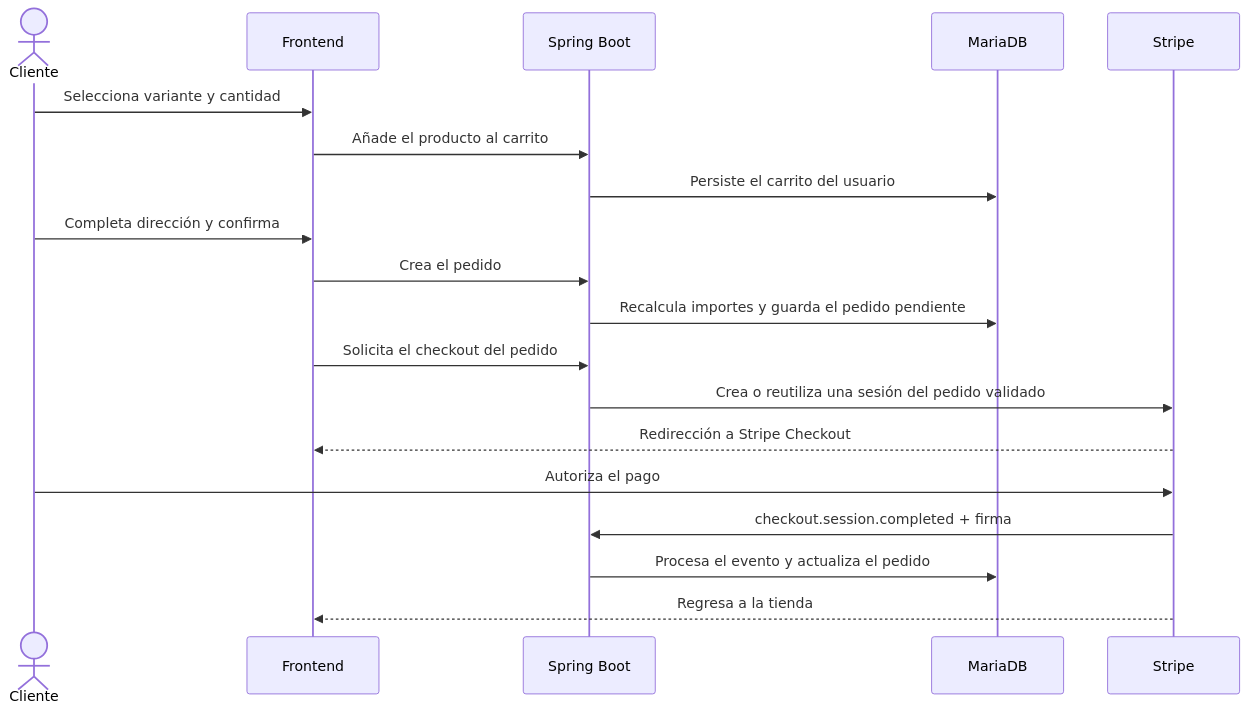
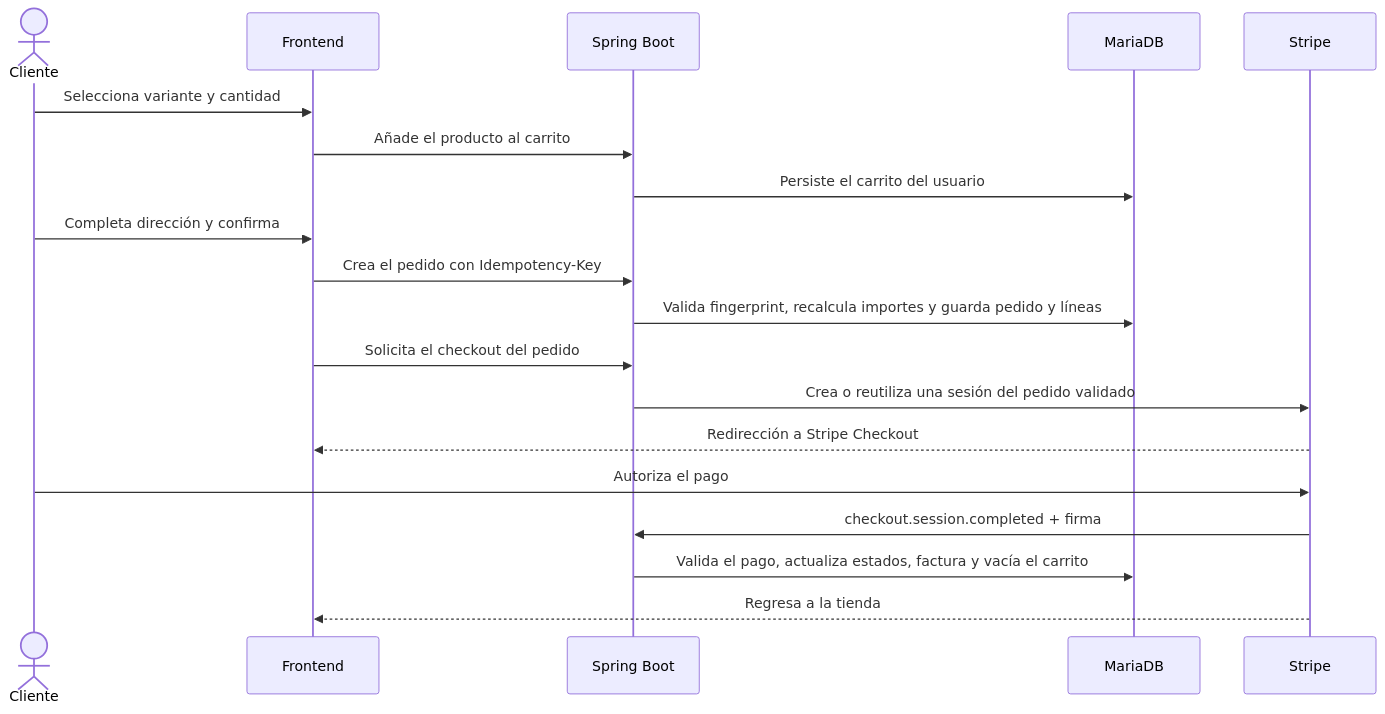
One commit to megalol-dev/tienda-deportivas-web changed the second of 5 diagrams in README.md. Above: the diagram before and after it, drawn with Mermaid. The commit also changed other lines of this file and 8 other files, not shown here.

````diff
--- a/README.md
+++ b/README.md
@@ -176,22 +179,22 @@
 ```mermaid
 sequenceDiagram
     actor Cliente
     participant Web as Frontend
     participant API as Spring Boot
     participant DB as MariaDB
     participant Stripe
 
     Cliente->>Web: Selecciona variante y cantidad
     Web->>API: Añade el producto al carrito
     API->>DB: Persiste el carrito del usuario
     Cliente->>Web: Completa dirección y confirma
-    Web->>API: Crea el pedido
-    API->>DB: Recalcula importes y guarda el pedido pendiente
+    Web->>API: Crea el pedido con Idempotency-Key
+    API->>DB: Valida fingerprint, recalcula importes y guarda pedido y líneas
     Web->>API: Solicita el checkout del pedido
     API->>Stripe: Crea o reutiliza una sesión del pedido validado
     Stripe-->>Web: Redirección a Stripe Checkout
     Cliente->>Stripe: Autoriza el pago
     Stripe->>API: checkout.session.completed + firma
-    API->>DB: Procesa el evento y actualiza el pedido
+    API->>DB: Valida el pago, actualiza estados, factura y vacía el carrito
     Stripe-->>Web: Regresa a la tienda
 ```
````
